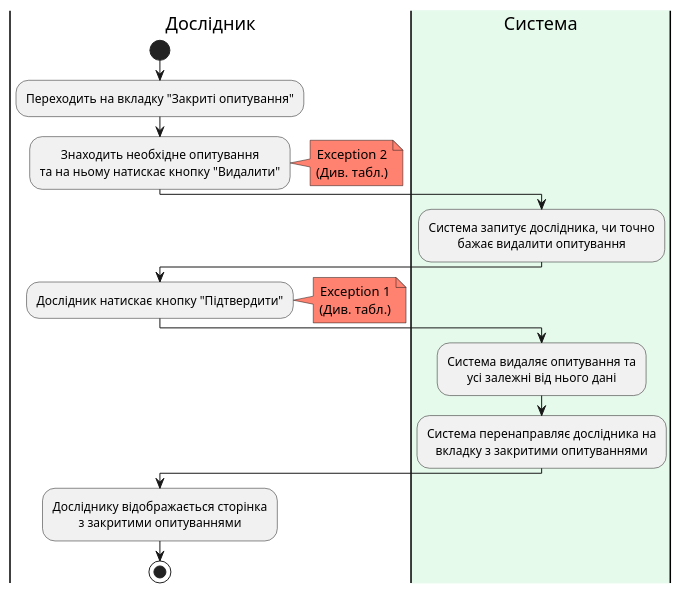
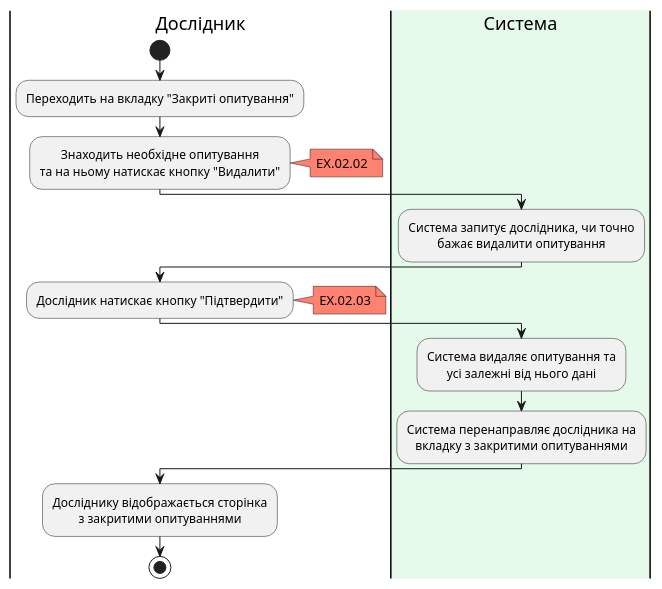
Before and after one commit to generalmaks/db_labs: diagram 11 of 16 in docs/use_cases.md, drawn with PlantUML. The commit also changed other lines of this file, not shown here.

Commit message:
Update activity diagram of RemoveSurvey

````diff
--- a/docs/use_cases.md
+++ b/docs/use_cases.md
@@ -554,32 +554,30 @@
 ```plantuml
 @startuml
 |Дослідник|
 start
 skinparam defaultTextAlignment center
 :Переходить на вкладку "Закриті опитування";
 :Знаходить необхідне опитування 
 та на ньому натискає кнопку "Видалити";
 note right #ff8170
-Exception 2
-(Див. табл.)
+EX.02.02
 end note
 |#e6faec|Система|
 :Система запитує дослідника, чи точно 
 бажає видалити опитування;
 |Дослідник|
 :Дослідник натискає кнопку "Підтвердити";
 note right #ff8170
-Exception 1
-(Див. табл.)
+EX.02.03
 end note
 |#e6faec|Система|
 :Система видаляє опитування та 
 усі залежні від нього дані;
 :Система перенаправляє дослідника на 
 вкладку з закритими опитуваннями;
 |Дослідник|
 :Досліднику відображається сторінка
 з закритими опитуваннями;
 stop
 @enduml
 ```
````
